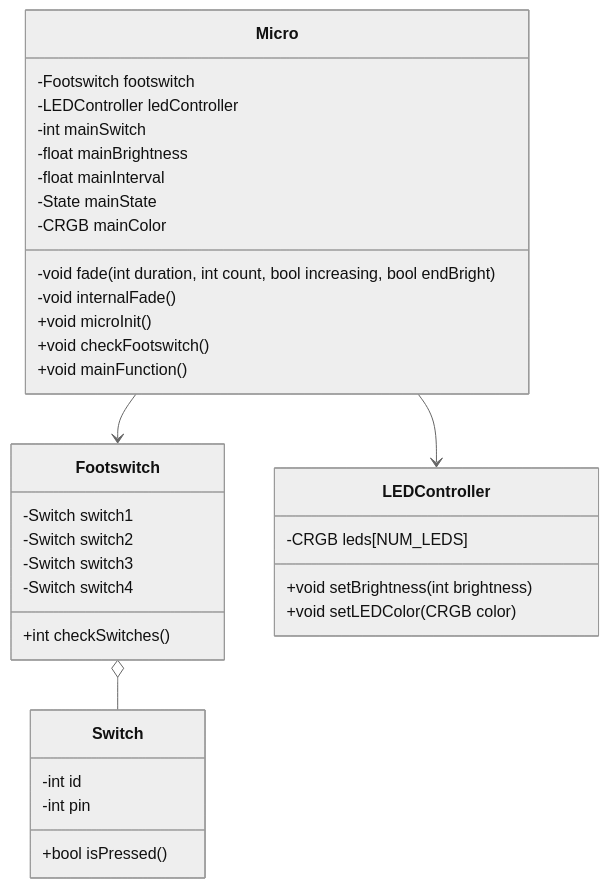
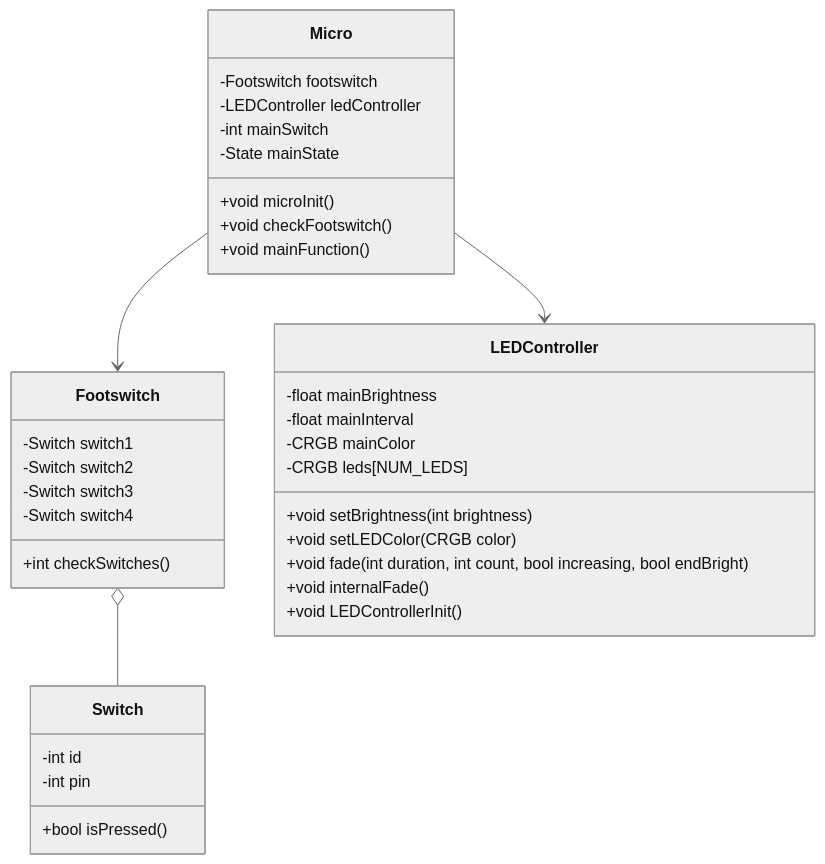
One commit to c-coyne/logic-pro-transport-controller changed the diagram in doc/design/module/Module.md. Above: the diagram before and after it, drawn with Mermaid (neutral theme). The commit also changed 4 other files, not shown here.

````diff
--- a/doc/design/module/Module.md
+++ b/doc/design/module/Module.md
@@ -3,37 +3,38 @@
 ```mermaid
 classDiagram
     Footswitch o-- Switch
     Micro --> Footswitch
     Micro --> LEDController
     class Switch{
         -int id
         -int pin
         +bool isPressed()
     }
     class Footswitch{
         -Switch switch1
         -Switch switch2
         -Switch switch3
         -Switch switch4
         +int checkSwitches()
     }
     class Micro{
         -Footswitch footswitch
         -LEDController ledController
         -int mainSwitch
-        -float mainBrightness
-        -float mainInterval
         -State mainState
-        -CRGB mainColor
-        -void fade(int duration, int count, bool increasing, bool endBright)
-        -void internalFade()
         +void microInit()
         +void checkFootswitch()
         +void mainFunction()
     }
     class LEDController{
+        -float mainBrightness
+        -float mainInterval
+        -CRGB mainColor
         -CRGB leds[NUM_LEDS]
         +void setBrightness(int brightness)
         +void setLEDColor(CRGB color)
+        +void fade(int duration, int count, bool increasing, bool endBright)
+        +void internalFade()
+        +void LEDControllerInit()
     }
 ```
````
